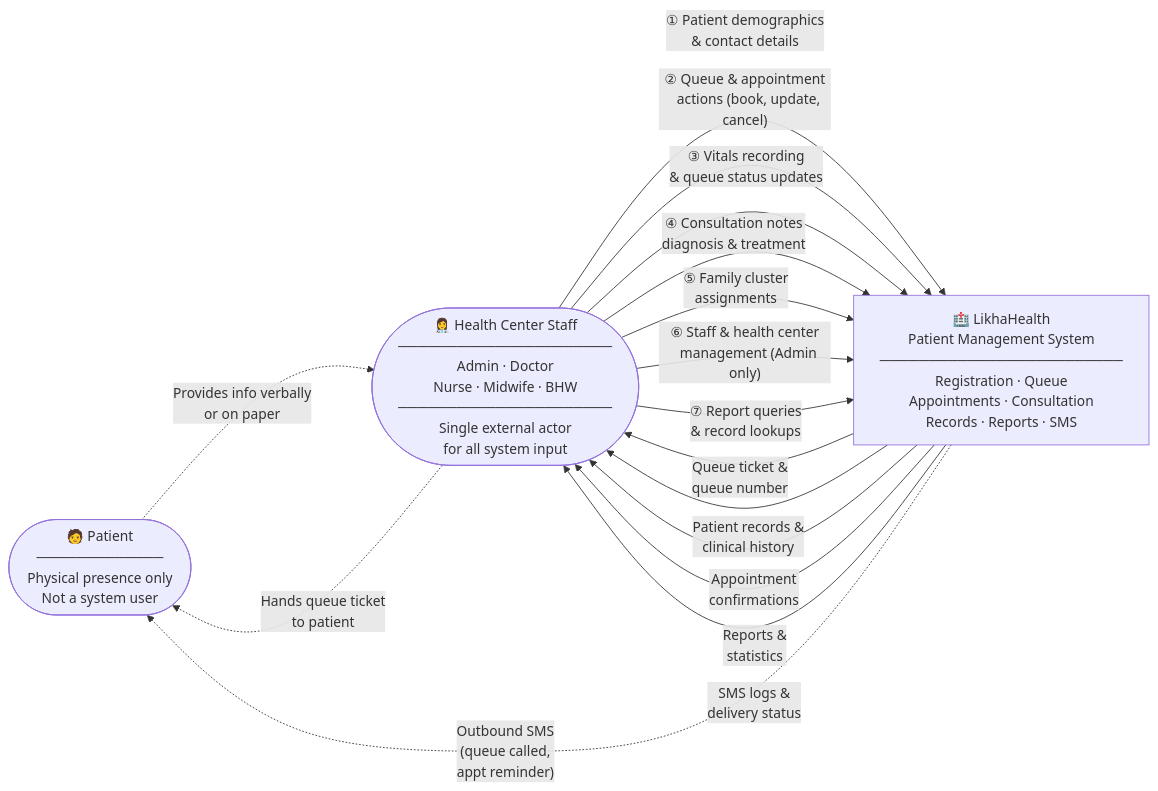
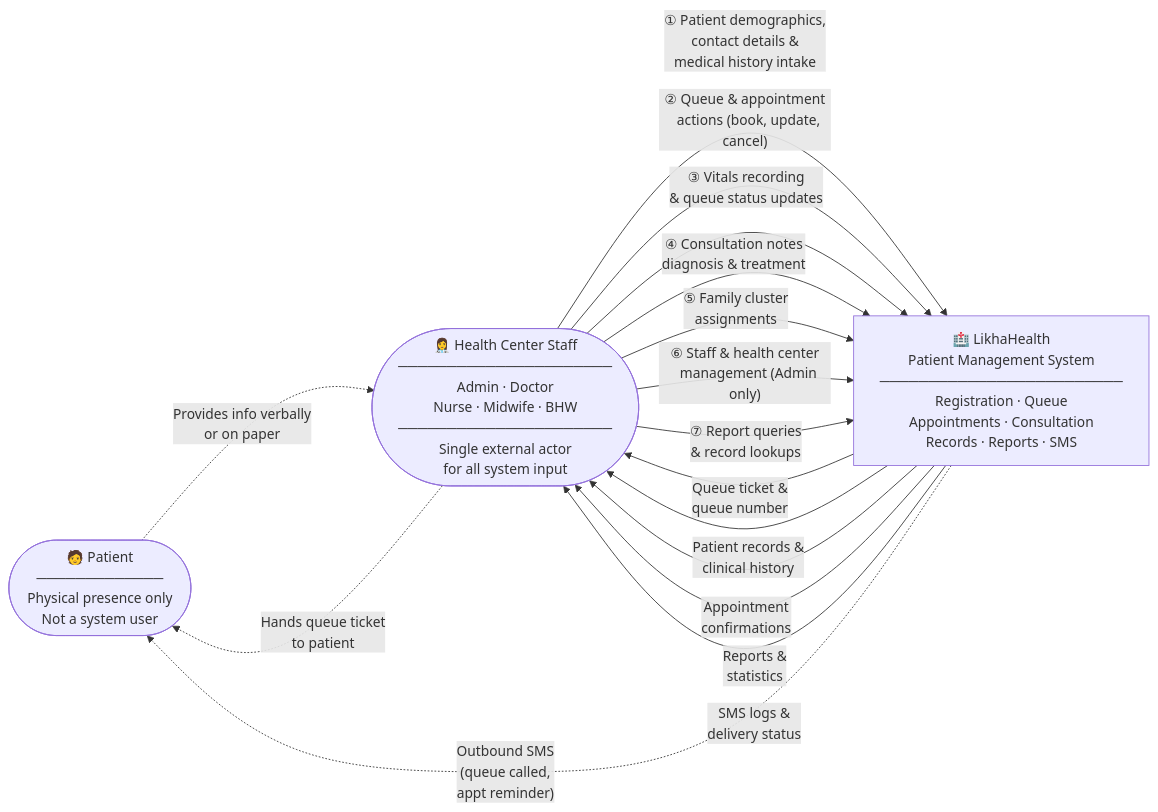
Before and after one commit to besirep/likhaheath: the second of 3 diagrams in mhc_phase1_diagrams.md, drawn with Mermaid. The commit also changed other lines of this file, not shown here.

Commit message:
docs: update ERD and DFDs with medical history and female health tables

````diff
--- a/mhc_phase1_diagrams.md
+++ b/mhc_phase1_diagrams.md
@@ -269,26 +308,26 @@
 ```mermaid
 flowchart LR
 
     PT(["🧑 Patient\n─────────────\nPhysical presence only\nNot a system user"])
     HS(["👩‍⚕️ Health Center Staff\n──────────────────────\nAdmin · Doctor\nNurse · Midwife · BHW\n──────────────────────\nSingle external actor\nfor all system input"])
     SYS["🏥 LikhaHealth\nPatient Management System\n─────────────────────────\nRegistration · Queue\nAppointments · Consultation\nRecords · Reports · SMS"]
 
     PT -. "Provides info verbally\nor on paper" .-> HS
 
-    HS -->|"① Patient demographics\n   & contact details"| SYS
+    HS -->|"① Patient demographics,\n   contact details &\n   medical history intake"| SYS
     HS -->|"② Queue & appointment\n   actions (book, update, cancel)"| SYS
     HS -->|"③ Vitals recording\n   & queue status updates"| SYS
     HS -->|"④ Consultation notes\n   diagnosis & treatment"| SYS
     HS -->|"⑤ Family cluster\n   assignments"| SYS
     HS -->|"⑥ Staff & health center\n   management (Admin only)"| SYS
     HS -->|"⑦ Report queries\n   & record lookups"| SYS
 
     SYS -->|"Queue ticket &\nqueue number"| HS
     SYS -->|"Patient records &\nclinical history"| HS
     SYS -->|"Appointment\nconfirmations"| HS
     SYS -->|"Reports &\nstatistics"| HS
     SYS -->|"SMS logs &\ndelivery status"| HS
 
     HS -. "Hands queue ticket\nto patient" .-> PT
     SYS -. "Outbound SMS\n(queue called,\nappt reminder)" .-> PT
 ```
````
